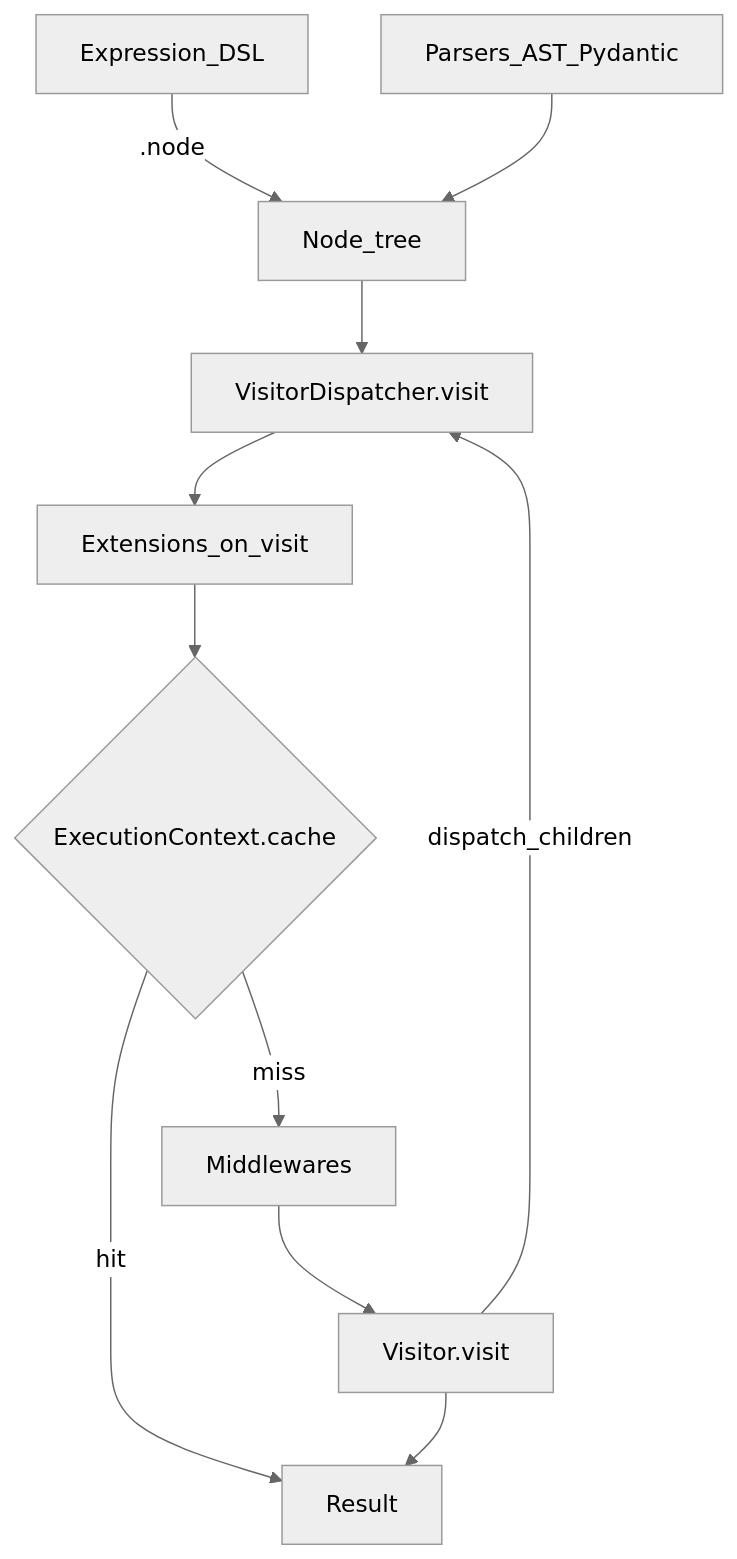
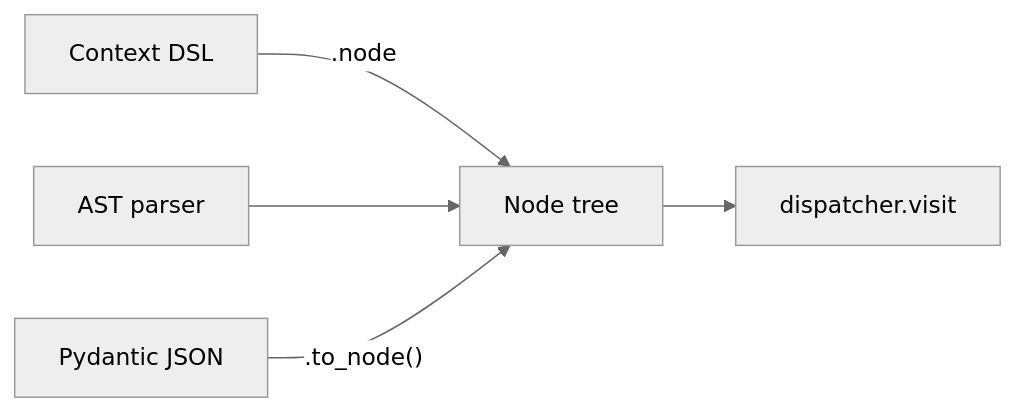
The first of 2 diagrams in docs/concepts/architecture.md (1PaCHeK1/dynamic-expressions), drawn with Mermaid (neutral theme) before and after one commit. The commit also changed other lines of this file and 20 other files, not shown here.

````diff
--- a/docs/concepts/architecture.md
+++ b/docs/concepts/architecture.md
@@ -7,13 +7,7 @@
 ```mermaid
-flowchart TB
-    expr[Expression_DSL] -->|.node| rootNode[Node_tree]
-    parser[Parsers_AST_Pydantic] --> rootNode
-    rootNode --> dispatcher[VisitorDispatcher.visit]
-    dispatcher --> ext[Extensions_on_visit]
-    ext --> cache{ExecutionContext.cache}
-    cache -->|hit| resultValue[Result]
-    cache -->|miss| mw[Middlewares]
-    mw --> visitor[Visitor.visit]
-    visitor -->|dispatch_children| dispatcher
-    visitor --> resultValue
+flowchart LR
+    dsl[Context DSL] -->|.node| nodes[Node tree]
+    ast[AST parser] --> nodes
+    pydantic[Pydantic JSON] -->|".to_node()"| nodes
+    nodes --> visit[dispatcher.visit]
 ```
````
